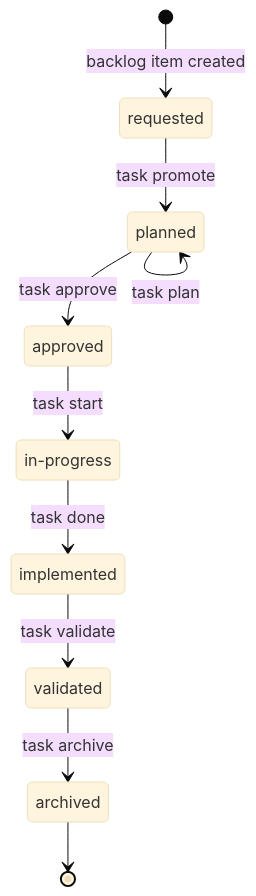
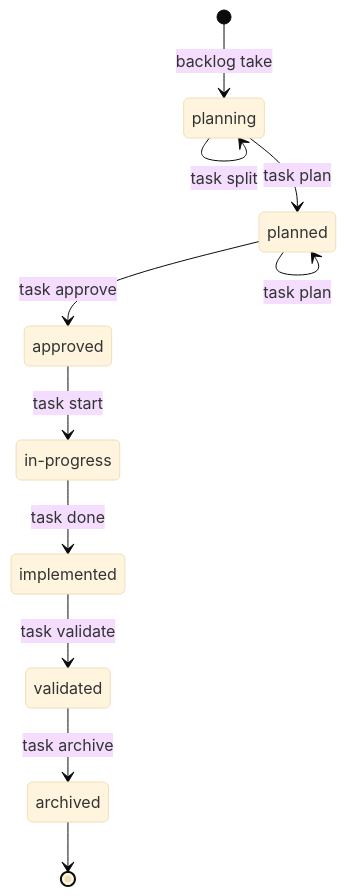
Before and after one commit to dburriss/itr: the diagram in docs/lifecycles.md, drawn with Mermaid (base theme). The commit also changed other lines of this file and 6 other files, not shown here.

````diff
--- a/docs/lifecycles.md
+++ b/docs/lifecycles.md
@@ -37,16 +62,17 @@
 ```mermaid
 stateDiagram-v2
-    [*] --> requested : backlog item created
+    [*] --> planning : backlog take
 
-    requested --> planned : task promote
+    planning --> planning : task split
+    planning --> planned : task plan
     planned --> planned : task plan
     planned --> approved : task approve
     approved --> in_progress : task start
     in_progress --> implemented : task done
     implemented --> validated : task validate
     validated --> archived : task archive
 
     archived --> [*]
 
     in_progress : in-progress
 ```
````
